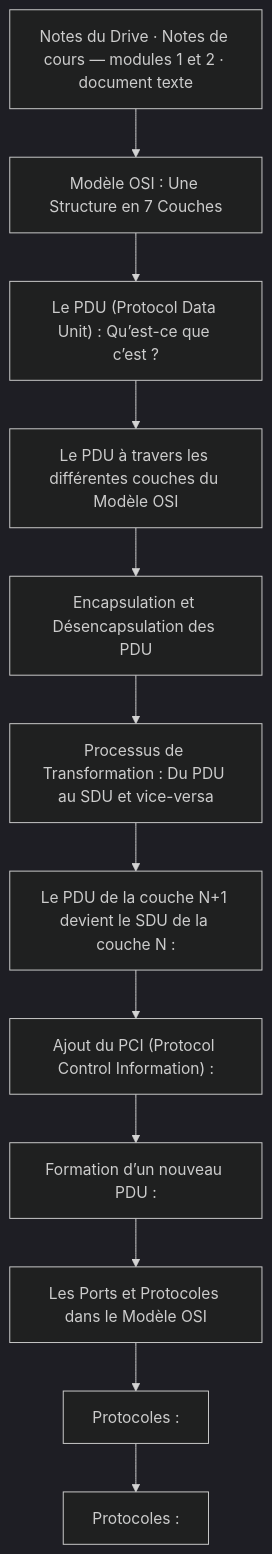
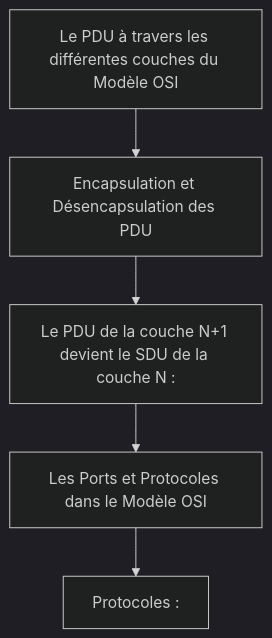
Before and after one commit to sk34pk25/tssr-cours: the first of 5 diagrams in docs/modules/01-bases-reseaux/module-01-le-modele-osi.md, drawn with Mermaid (dark theme). The commit also changed other lines of this file and 12 other files, not shown here.

````diff
--- a/docs/modules/01-bases-reseaux/module-01-le-modele-osi.md
+++ b/docs/modules/01-bases-reseaux/module-01-le-modele-osi.md
@@ -112,26 +22,12 @@
 ```mermaid
 flowchart TD
-    N1["Notes du Drive · Notes de cours — modules 1 et 2 · document texte"]
-    N2["Modèle OSI : Une Structure en 7 Couches"]
-    N3["Le PDU (Protocol Data Unit) : Qu’est-ce que c’est ?"]
     N4["Le PDU à travers les différentes couches du Modèle OSI"]
     N5["Encapsulation et Désencapsulation des PDU"]
-    N6["Processus de Transformation : Du PDU au SDU et vice-versa"]
     N7["Le PDU de la couche N+1 devient le SDU de la couche N :"]
-    N8["Ajout du PCI (Protocol Control Information) :"]
-    N9["Formation d’un nouveau PDU :"]
     N10["Les Ports et Protocoles dans le Modèle OSI"]
     N11["Protocoles :"]
-    N12["Protocoles :"]
-    N1 --> N2
-    N2 --> N3
-    N3 --> N4
     N4 --> N5
-    N5 --> N6
-    N6 --> N7
-    N7 --> N8
-    N8 --> N9
-    N9 --> N10
+    N5 --> N7
+    N7 --> N10
     N10 --> N11
-    N11 --> N12
 ```
````
